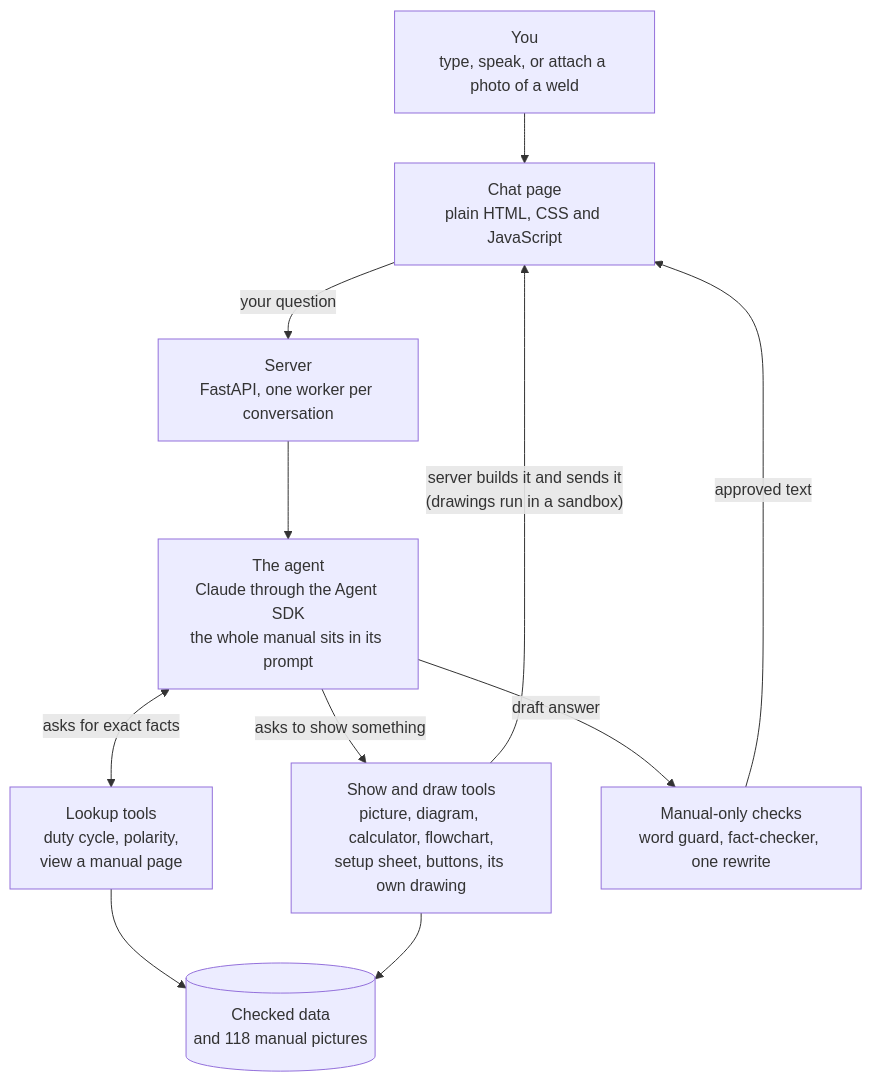
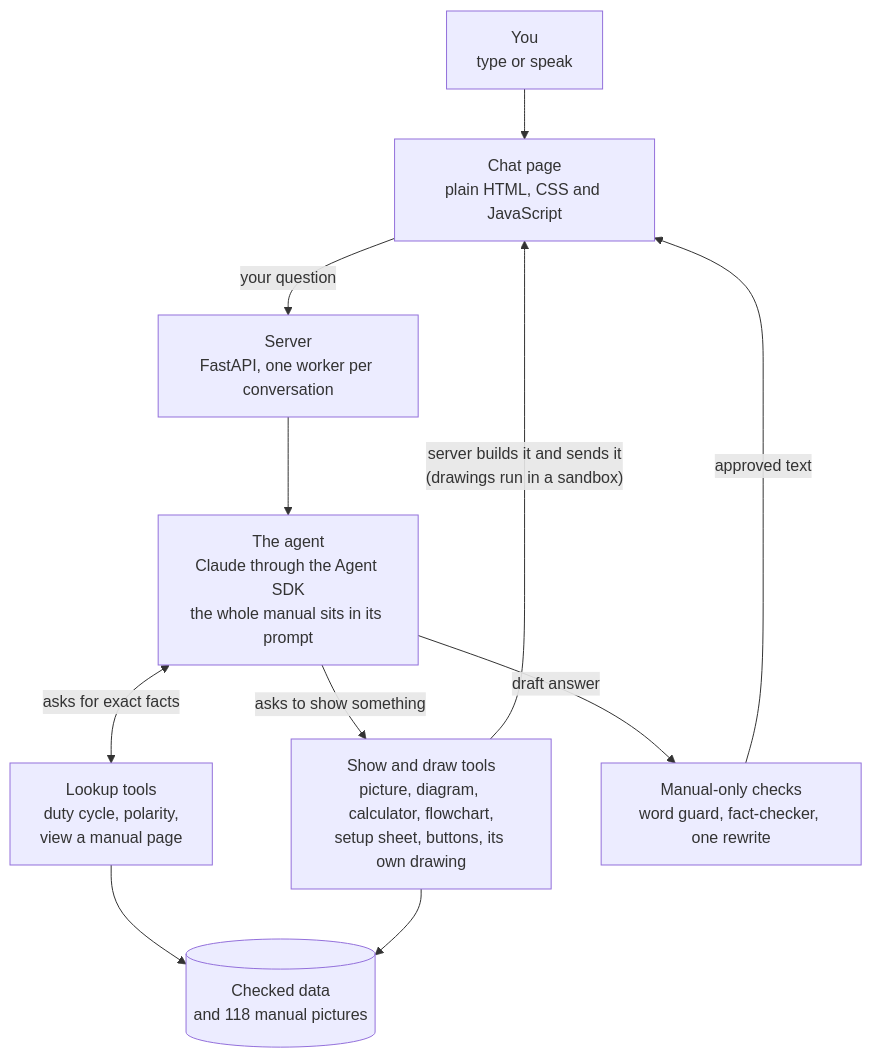
The diagram in README.md (SomeshBhandarkar/prox-challenge), drawn with Mermaid before and after one commit. The commit also changed other lines of this file and 18 other files, not shown here.

First line of the commit message:
Remove the weld-photo upload

````diff
--- a/README.md
+++ b/README.md
@@ -52,13 +51,13 @@
 ```mermaid
 flowchart TD
-    you["You<br/>type, speak, or attach a photo of a weld"] --> page["Chat page<br/>plain HTML, CSS and JavaScript"]
+    you["You<br/>type or speak"] --> page["Chat page<br/>plain HTML, CSS and JavaScript"]
     page -->|"your question"| server["Server<br/>FastAPI, one worker per conversation"]
     server --> agent["The agent<br/>Claude through the Agent SDK<br/>the whole manual sits in its prompt"]
     agent <-->|"asks for exact facts"| lookups["Lookup tools<br/>duty cycle, polarity,<br/>view a manual page"]
     agent -->|"asks to show something"| show["Show and draw tools<br/>picture, diagram, calculator, flowchart,<br/>setup sheet, buttons, its own drawing"]
     lookups --> data[("Checked data<br/>and 118 manual pictures")]
     show --> data
     agent -->|"draft answer"| checks["Manual-only checks<br/>word guard, fact-checker, one rewrite"]
     checks -->|"approved text"| page
     show -->|"server builds it and sends it<br/>(drawings run in a sandbox)"| page
 ```
````
